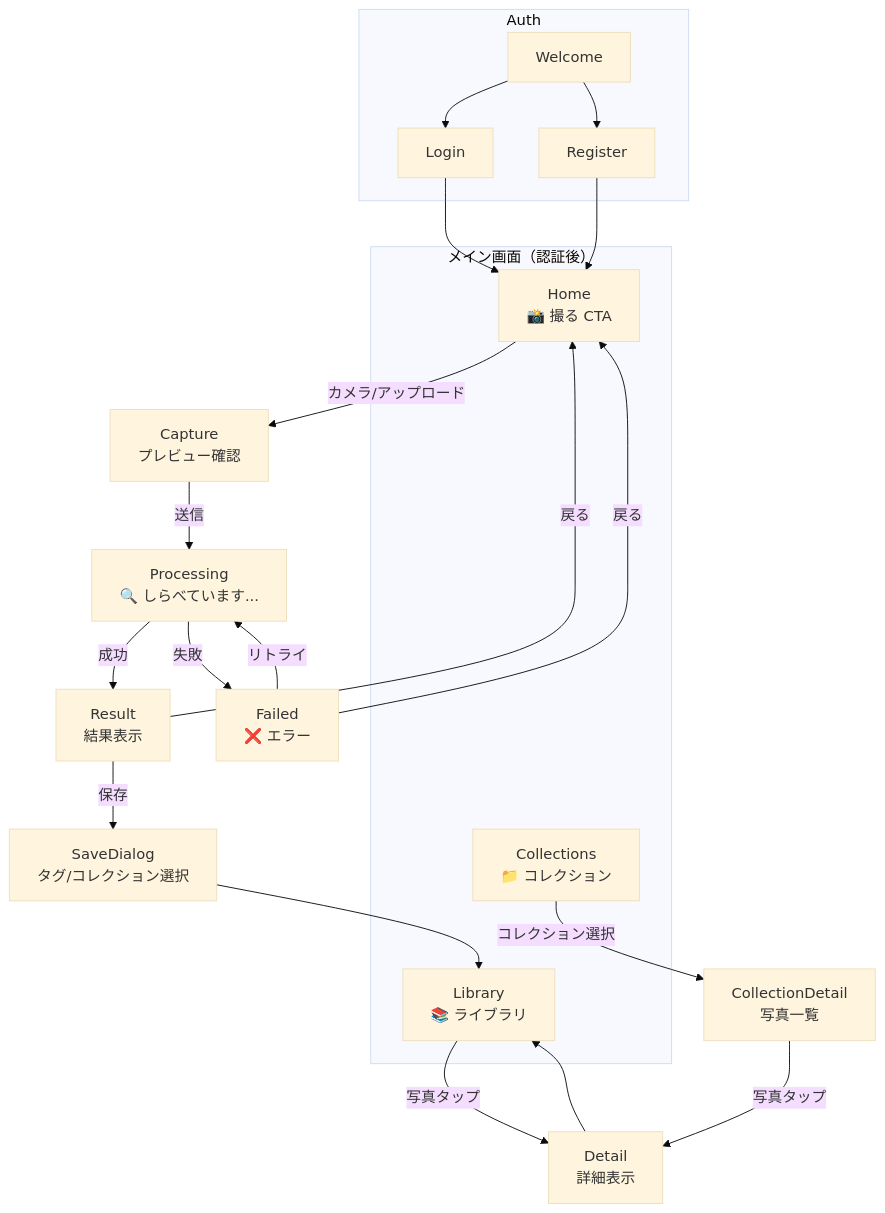
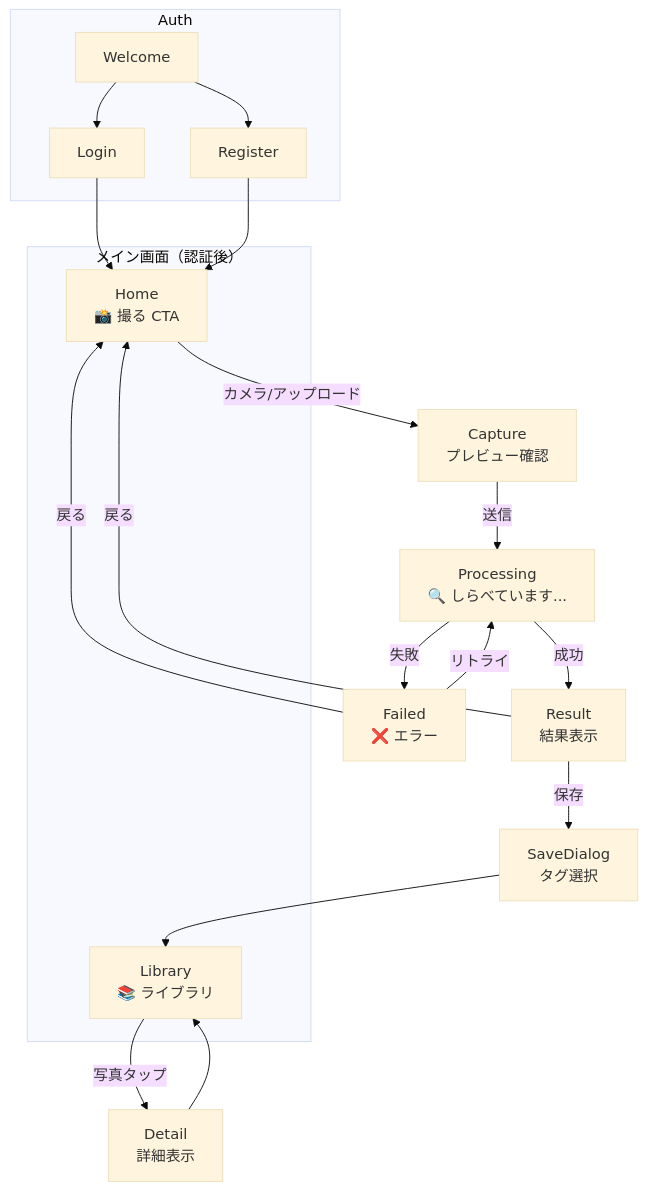
Before and after one commit to corocorococoro/LensClip: the diagram in docs/UX_FLOW.md, drawn with Mermaid (base theme). The commit also changed other lines of this file and 20 other files, not shown here.

````diff
--- a/docs/UX_FLOW.md
+++ b/docs/UX_FLOW.md
@@ -5,33 +5,29 @@
 ```mermaid
 flowchart TD
     subgraph Auth
         Welcome[Welcome] --> Login[Login]
         Welcome --> Register[Register]
     end
 
     Login --> Home
     Register --> Home
 
     subgraph Main["メイン画面（認証後）"]
         Home[Home<br/>📸 撮る CTA]
         Library[Library<br/>📚 ライブラリ]
-        Collections[Collections<br/>📁 コレクション]
     end
 
     Home -->|カメラ/アップロード| Capture[Capture<br/>プレビュー確認]
     Capture -->|送信| Processing[Processing<br/>🔍 しらべています...]
     Processing -->|成功| Result[Result<br/>結果表示]
     Processing -->|失敗| Failed[Failed<br/>❌ エラー]
     Failed -->|リトライ| Processing
     Failed -->|戻る| Home
 
-    Result -->|保存| SaveDialog[SaveDialog<br/>タグ/コレクション選択]
+    Result -->|保存| SaveDialog[SaveDialog<br/>タグ選択]
     SaveDialog --> Library
     Result -->|戻る| Home
 
     Library -->|写真タップ| Detail[Detail<br/>詳細表示]
     Detail --> Library
-
-    Collections -->|コレクション選択| CollectionDetail[CollectionDetail<br/>写真一覧]
-    CollectionDetail -->|写真タップ| Detail
 ```
````
